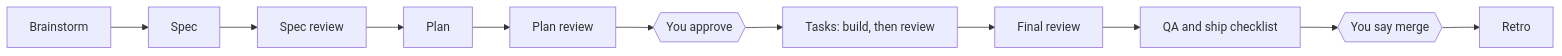
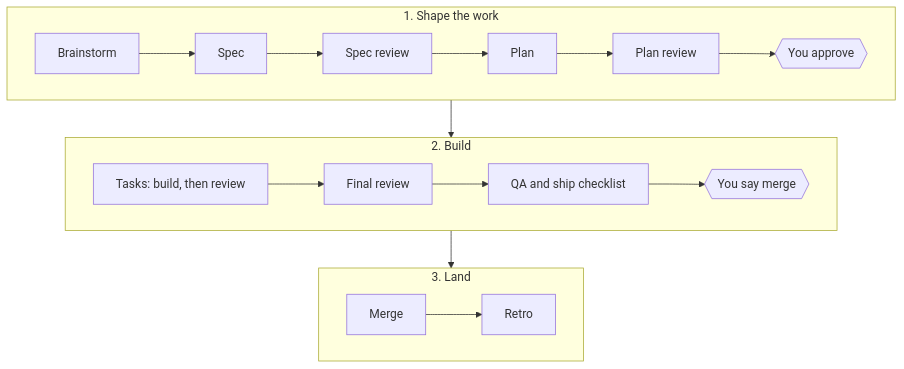
The diagram in README.md (kkunan/agentic-delivery), drawn with Mermaid before and after one commit.

Commit message:
Draw the feature flow in three rows

````diff
--- a/README.md
+++ b/README.md
@@ -49,13 +49,16 @@
 ```mermaid
-flowchart LR
-    A[Brainstorm] --> B[Spec]
-    B --> C[Spec review]
-    C --> D[Plan]
-    D --> E[Plan review]
-    E --> G{{You approve}}
-    G --> T[Tasks: build, then review]
-    T --> F[Final review]
-    F --> Q[QA and ship checklist]
-    Q --> P{{You say merge}}
-    P --> R[Retro]
+flowchart TB
+    subgraph S1 [" 1. Shape the work "]
+        direction LR
+        A[Brainstorm] --> B[Spec] --> C[Spec review] --> D[Plan] --> E[Plan review] --> G{{You approve}}
+    end
+    subgraph S2 [" 2. Build "]
+        direction LR
+        T[Tasks: build, then review] --> F[Final review] --> Q[QA and ship checklist] --> P{{You say merge}}
+    end
+    subgraph S3 [" 3. Land "]
+        direction LR
+        M[Merge] --> R[Retro]
+    end
+    S1 --> S2 --> S3
 ```
````
